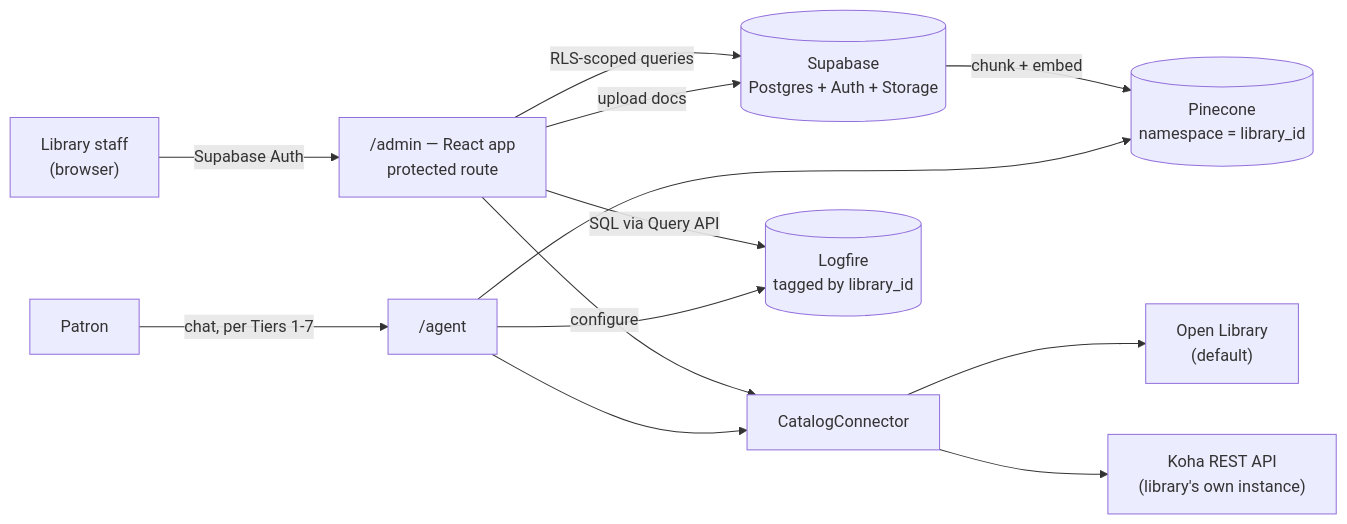
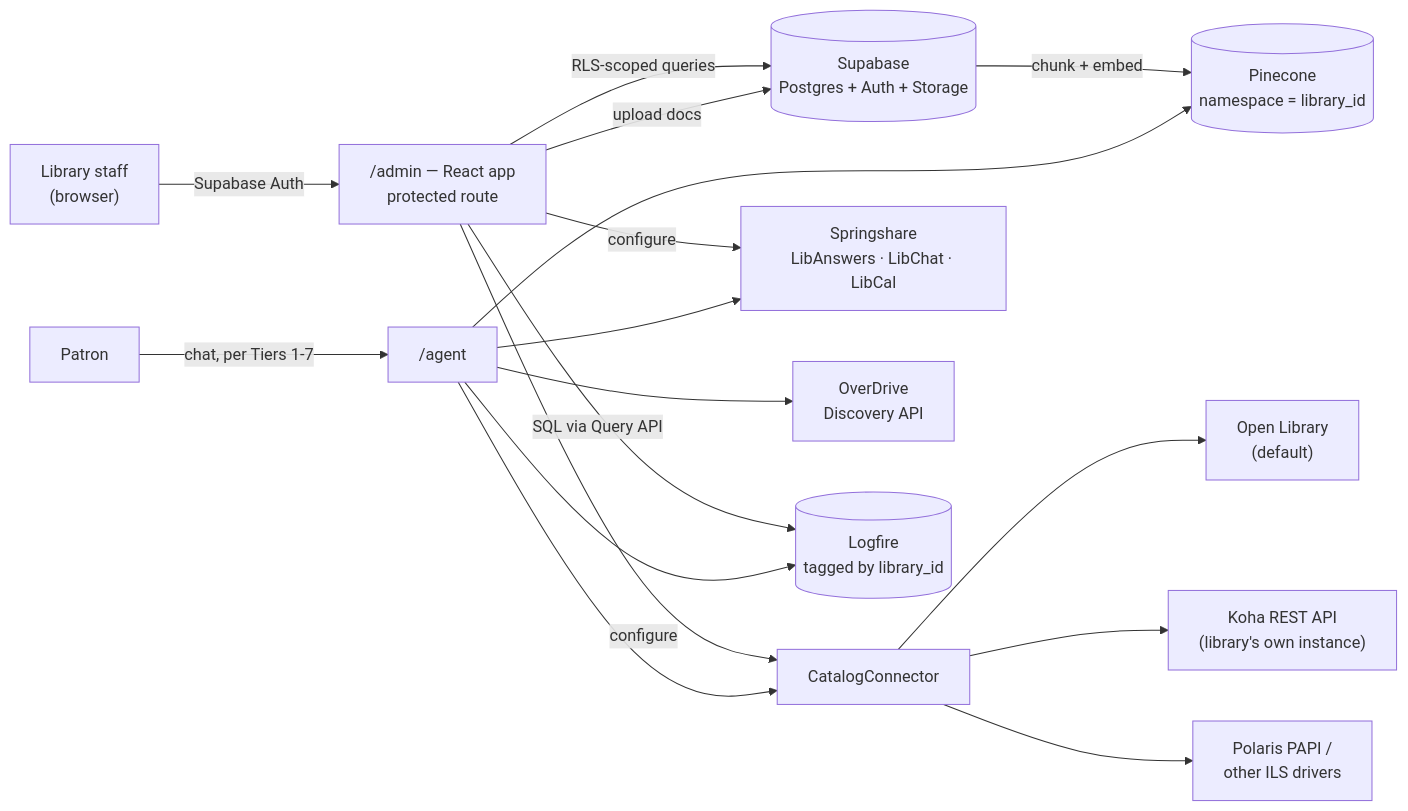
One commit to JohnnieMaeB/LibSync changed the diagram in TIER8_PLAN.md. Above: the diagram before and after it, drawn with Mermaid. The commit also changed other lines of this file and 2 other files, not shown here.

````diff
--- a/TIER8_PLAN.md
+++ b/TIER8_PLAN.md
@@ -124,15 +207,19 @@
 ```mermaid
 flowchart LR
     STAFF["Library staff<br/>(browser)"] -->|Supabase Auth| ADMIN["/admin — React app<br/>protected route"]
     ADMIN -->|RLS-scoped queries| SUPA[("Supabase<br/>Postgres + Auth + Storage")]
     ADMIN -->|upload docs| SUPA
     SUPA -->|chunk + embed| PC[("Pinecone<br/>namespace = library_id")]
     ADMIN -->|configure| CONN["CatalogConnector"]
     CONN --> OL["Open Library<br/>(default)"]
     CONN --> KOHA["Koha REST API<br/>(library's own instance)"]
+    CONN --> POL["Polaris PAPI /<br/>other ILS drivers"]
+    ADMIN -->|configure| SPRING["Springshare<br/>LibAnswers · LibChat · LibCal"]
+    AGENT --> SPRING
+    AGENT --> OD["OverDrive<br/>Discovery API"]
     ADMIN -->|SQL via Query API| LOG[("Logfire<br/>tagged by library_id")]
     PATRON["Patron"] -->|chat, per Tiers 1-7| AGENT["/agent"]
     AGENT --> PC
     AGENT --> CONN
     AGENT --> LOG
 ```
````
